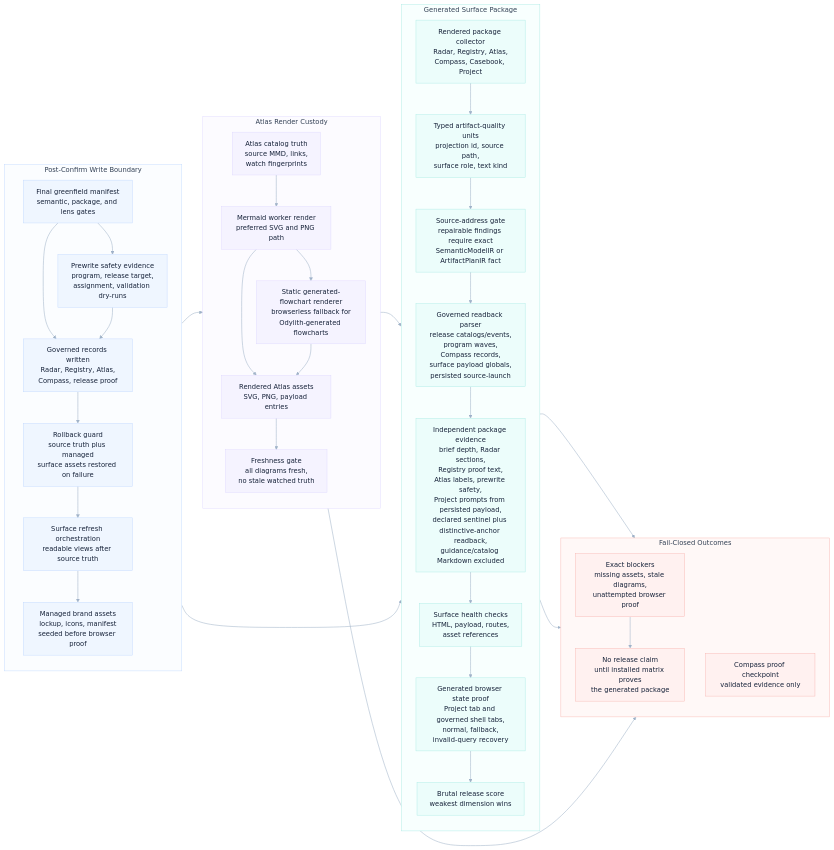
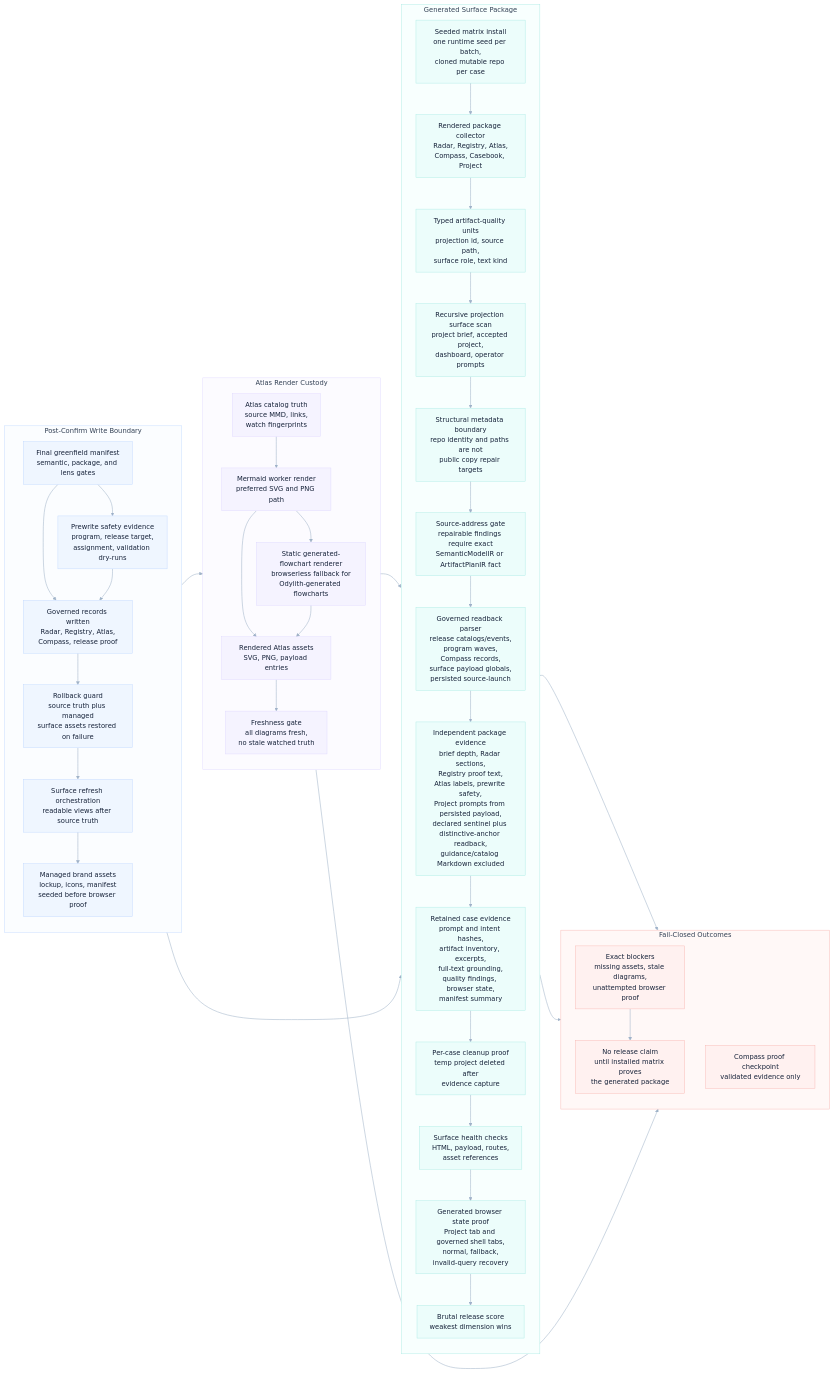
One commit to odylith/odylith changed the diagram in odylith/atlas/source/greenfield-rendered-surface-and-static-atlas-custody.mmd. Above: the diagram before and after it, drawn with Mermaid. The commit also changed 287 other files, not shown here.

```diff
--- a/odylith/atlas/source/greenfield-rendered-surface-and-static-atlas-custody.mmd
+++ b/odylith/atlas/source/greenfield-rendered-surface-and-static-atlas-custody.mmd
@@ -1,79 +1,89 @@
 flowchart LR
     subgraph write_lane["Post-Confirm Write Boundary"]
       direction TB
       final_manifest["Final greenfield manifest<br/>semantic, package, and lens gates"]
       prewrite_safety["Prewrite safety evidence<br/>program, release target,<br/>assignment, validation dry-runs"]
       governed_write["Governed records written<br/>Radar, Registry, Atlas,<br/>Compass, release proof"]
       rollback_guard["Rollback guard<br/>source truth plus managed<br/>surface assets restored on failure"]
       dashboard_refresh["Surface refresh orchestration<br/>readable views after source truth"]
       brand_assets["Managed brand assets<br/>lockup, icons, manifest<br/>seeded before browser proof"]
     end
 
     subgraph atlas_lane["Atlas Render Custody"]
       direction TB
       catalog_truth["Atlas catalog truth<br/>source MMD, links,<br/>watch fingerprints"]
       mermaid_worker["Mermaid worker render<br/>preferred SVG and PNG path"]
       static_renderer["Static generated-flowchart renderer<br/>browserless fallback for<br/>Odylith-generated flowcharts"]
       rendered_assets["Rendered Atlas assets<br/>SVG, PNG, payload entries"]
       freshness_gate["Freshness gate<br/>all diagrams fresh,<br/>no stale watched truth"]
     end
 
     subgraph surface_lane["Generated Surface Package"]
       direction TB
+      matrix_seed["Seeded matrix install<br/>one runtime seed per batch,<br/>cloned mutable repo per case"]
       rendered_package["Rendered package collector<br/>Radar, Registry, Atlas,<br/>Compass, Casebook, Project"]
       typed_units["Typed artifact-quality units<br/>projection id, source path,<br/>surface role, text kind"]
+      projection_surface_scan["Recursive projection surface scan<br/>project brief, accepted project,<br/>dashboard, operator prompts"]
+      structural_metadata["Structural metadata boundary<br/>repo identity and paths are not<br/>public copy repair targets"]
       source_address_gate["Source-address gate<br/>repairable findings require exact<br/>SemanticModelIR or ArtifactPlanIR fact"]
       governed_readback["Governed readback parser<br/>release catalogs/events,<br/>program waves,<br/>Compass records,<br/>surface payload globals,<br/>persisted source-launch"]
       evidence_readback["Independent package evidence<br/>brief depth, Radar sections,<br/>Registry proof text,<br/>Atlas labels, prewrite safety,<br/>Project prompts from persisted payload,<br/>declared sentinel plus distinctive-anchor readback,<br/>guidance/catalog Markdown excluded"]
+      retained_evidence["Retained case evidence<br/>prompt and intent hashes,<br/>artifact inventory, excerpts,<br/>full-text grounding,<br/>quality findings, browser state,<br/>manifest summary"]
+      cleanup_proof["Per-case cleanup proof<br/>temp project deleted after<br/>evidence capture"]
       surface_health["Surface health checks<br/>HTML, payload, routes,<br/>asset references"]
       browser_state["Generated browser state proof<br/>Project tab and governed shell tabs,<br/>normal, fallback,<br/>invalid-query recovery"]
       hard_score["Brutal release score<br/>weakest dimension wins"]
     end
 
     subgraph blocker_lane["Fail-Closed Outcomes"]
       direction TB
       exact_blockers["Exact blockers<br/>missing assets, stale diagrams,<br/>unattempted browser proof"]
       no_release_claim["No release claim<br/>until installed matrix proves<br/>the generated package"]
       proof_checkpoint["Compass proof checkpoint<br/>validated evidence only"]
     end
 
     final_manifest --> governed_write
     final_manifest --> prewrite_safety
     prewrite_safety --> governed_write
     governed_write --> rollback_guard
     rollback_guard --> dashboard_refresh
     dashboard_refresh --> brand_assets
     brand_assets --> surface_health
     dashboard_refresh --> catalog_truth
     catalog_truth --> mermaid_worker
     mermaid_worker --> rendered_assets
     mermaid_worker --> static_renderer
     static_renderer --> rendered_assets
     rendered_assets --> freshness_gate
-    freshness_gate --> rendered_package
+    freshness_gate --> matrix_seed
+    matrix_seed --> rendered_package
     rendered_package --> typed_units
-    typed_units --> source_address_gate
+    typed_units --> projection_surface_scan
+    projection_surface_scan --> structural_metadata
+    structural_metadata --> source_address_gate
     source_address_gate --> governed_readback
     governed_readback --> evidence_readback
-    evidence_readback --> surface_health
+    evidence_readback --> retained_evidence
+    retained_evidence --> cleanup_proof
+    cleanup_proof --> surface_health
     surface_health --> browser_state
     browser_state --> hard_score
     hard_score --> proof_checkpoint
     freshness_gate --> exact_blockers
     surface_health --> exact_blockers
     exact_blockers --> no_release_claim
 
     classDef write fill:#EFF6FF,stroke:#BFD7FE,color:#17233A,stroke-width:1px;
     classDef atlas fill:#F5F3FF,stroke:#DDD6FE,color:#17233A,stroke-width:1px;
     classDef surface fill:#ECFDFB,stroke:#A7E9E3,color:#17233A,stroke-width:1px;
     classDef blocker fill:#FFF1F0,stroke:#F7B4AE,color:#17233A,stroke-width:1px;
     class final_manifest,prewrite_safety,governed_write,rollback_guard,dashboard_refresh,brand_assets write;
     class catalog_truth,mermaid_worker,static_renderer,rendered_assets,freshness_gate atlas;
-    class rendered_package,typed_units,source_address_gate,governed_readback,evidence_readback,surface_health,browser_state,hard_score surface;
+    class matrix_seed,rendered_package,typed_units,projection_surface_scan,structural_metadata,source_address_gate,governed_readback,evidence_readback,retained_evidence,cleanup_proof,surface_health,browser_state,hard_score surface;
     class exact_blockers,no_release_claim,proof_checkpoint blocker;
 
     style write_lane fill:#FBFDFF,stroke:#BFD7FE,stroke-width:1px,color:#334155
     style atlas_lane fill:#FCFBFF,stroke:#DDD6FE,stroke-width:1px,color:#334155
     style surface_lane fill:#F8FFFE,stroke:#A7E9E3,stroke-width:1px,color:#334155
     style blocker_lane fill:#FFF8F7,stroke:#F7B4AE,stroke-width:1px,color:#334155
     linkStyle default stroke:#9FB2C8,stroke-width:1.25px
```
